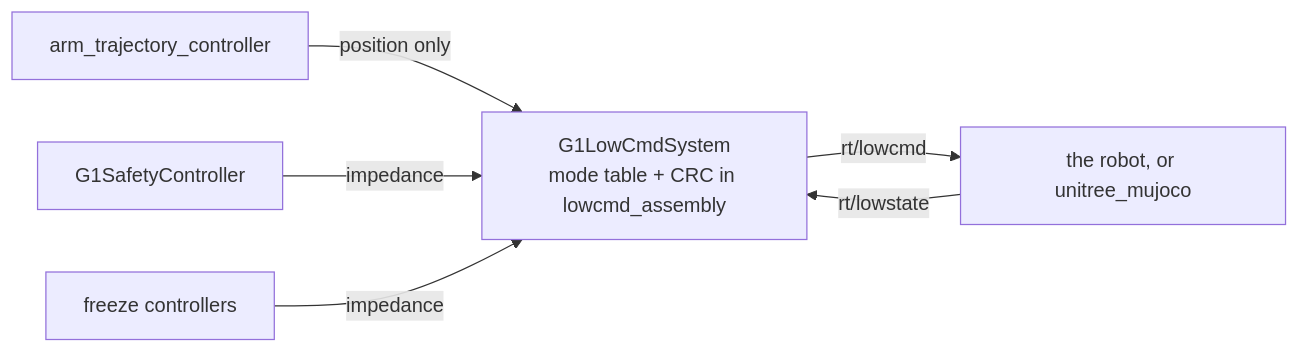
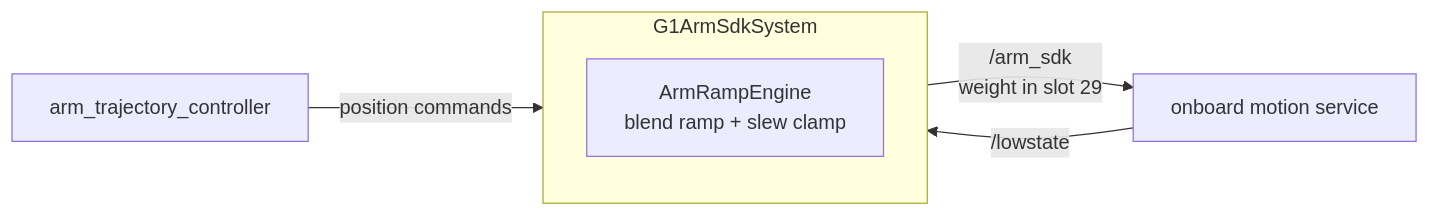
The diagram in workspace/src/g1_hardware_interface/README.md (Mertsr/merts-g1-dex5), drawn with Mermaid before and after one commit. The commit also changed other lines of this file and 694 other files, not shown here.

````diff
--- a/workspace/src/g1_hardware_interface/README.md
+++ b/workspace/src/g1_hardware_interface/README.md
@@ -12,8 +10,9 @@
 ```mermaid
 flowchart LR
-    JTC["arm_trajectory_controller"] -- "position only" --> P["G1LowCmdSystem<br/>mode table + CRC in lowcmd_assembly"]
-    SAFE["G1SafetyController"] -- "impedance" --> P
-    FRZ["freeze controllers"] -- "impedance" --> P
-    P -- "rt/lowcmd" --> R["the robot, or unitree_mujoco"]
-    R -- "rt/lowstate" --> P
+    JTC["arm_trajectory_controller"] -- "position commands" --> P
+    subgraph P["G1ArmSdkSystem"]
+        RAMP["ArmRampEngine<br/>blend ramp + slew clamp"]
+    end
+    P -- "/arm_sdk<br/>weight in slot 29" --> MS["onboard motion service"]
+    MS -- "/lowstate" --> P
 ```
````
